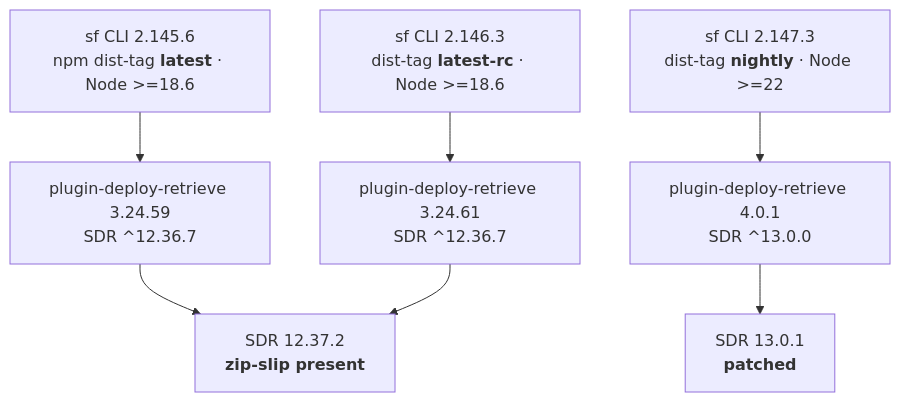
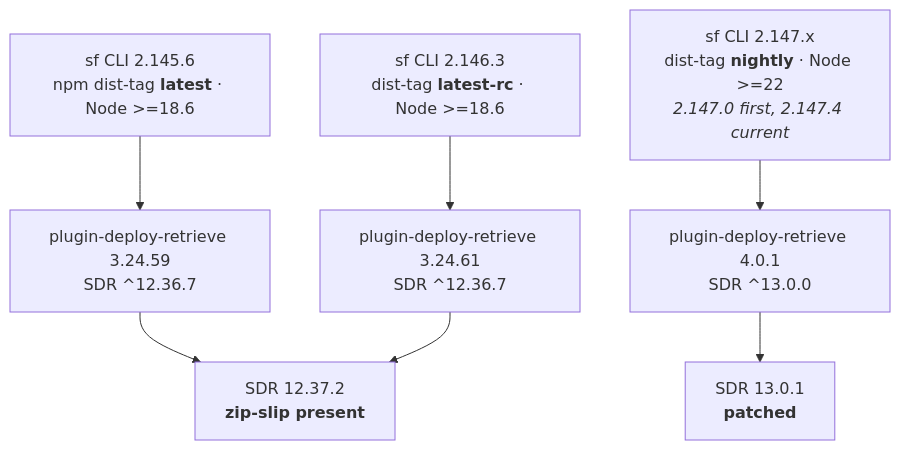
Before and after one commit to Daniel-Deepak-Dev/myLearning: the diagram in AI_Data/05-release-radar/developer-tooling-and-apis.md, drawn with Mermaid. The commit also changed other lines of this file and 8 other files, not shown here.

````diff
--- a/AI_Data/05-release-radar/developer-tooling-and-apis.md
+++ b/AI_Data/05-release-radar/developer-tooling-and-apis.md
@@ -18,9 +22,9 @@
 ```mermaid
 flowchart TD
     A["sf CLI 2.145.6<br/>npm dist-tag <b>latest</b> · Node >=18.6"] --> B["plugin-deploy-retrieve 3.24.59<br/>SDR ^12.36.7"]
     B --> C["SDR 12.37.2<br/><b>zip-slip present</b>"]
     D["sf CLI 2.146.3<br/>dist-tag <b>latest-rc</b> · Node >=18.6"] --> E["plugin-deploy-retrieve 3.24.61<br/>SDR ^12.36.7"]
     E --> C
-    F["sf CLI 2.147.3<br/>dist-tag <b>nightly</b> · Node >=22"] --> G["plugin-deploy-retrieve 4.0.1<br/>SDR ^13.0.0"]
+    F["sf CLI 2.147.x<br/>dist-tag <b>nightly</b> · Node >=22<br/><i>2.147.0 first, 2.147.4 current</i>"] --> G["plugin-deploy-retrieve 4.0.1<br/>SDR ^13.0.0"]
     G --> H["SDR 13.0.1<br/><b>patched</b>"]
 ```
````
